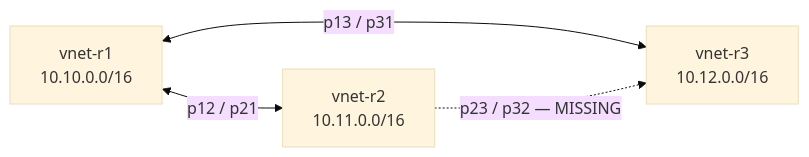
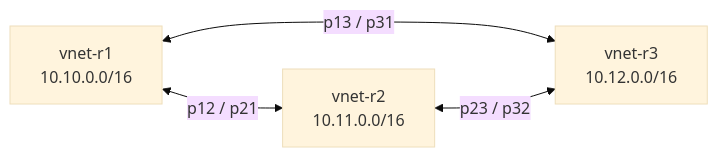
The diagram in aegis-capstone/docs/topology.md (glebbykov/lern), drawn with Mermaid (base theme) before and after one commit. The commit also changed other lines of this file and 11 other files, not shown here.

````diff
--- a/aegis-capstone/docs/topology.md
+++ b/aegis-capstone/docs/topology.md
@@ -47,6 +47,6 @@
 ```mermaid
 graph LR
   V1["vnet-r1<br/>10.10.0.0/16"] <-->|p12 / p21| V2["vnet-r2<br/>10.11.0.0/16"]
   V1 <-->|p13 / p31| V3["vnet-r3<br/>10.12.0.0/16"]
-  V2 -.->|p23 / p32 — MISSING| V3
+  V2 <-->|p23 / p32| V3["vnet-r3<br/>10.12.0.0/16"]
 ```
````
